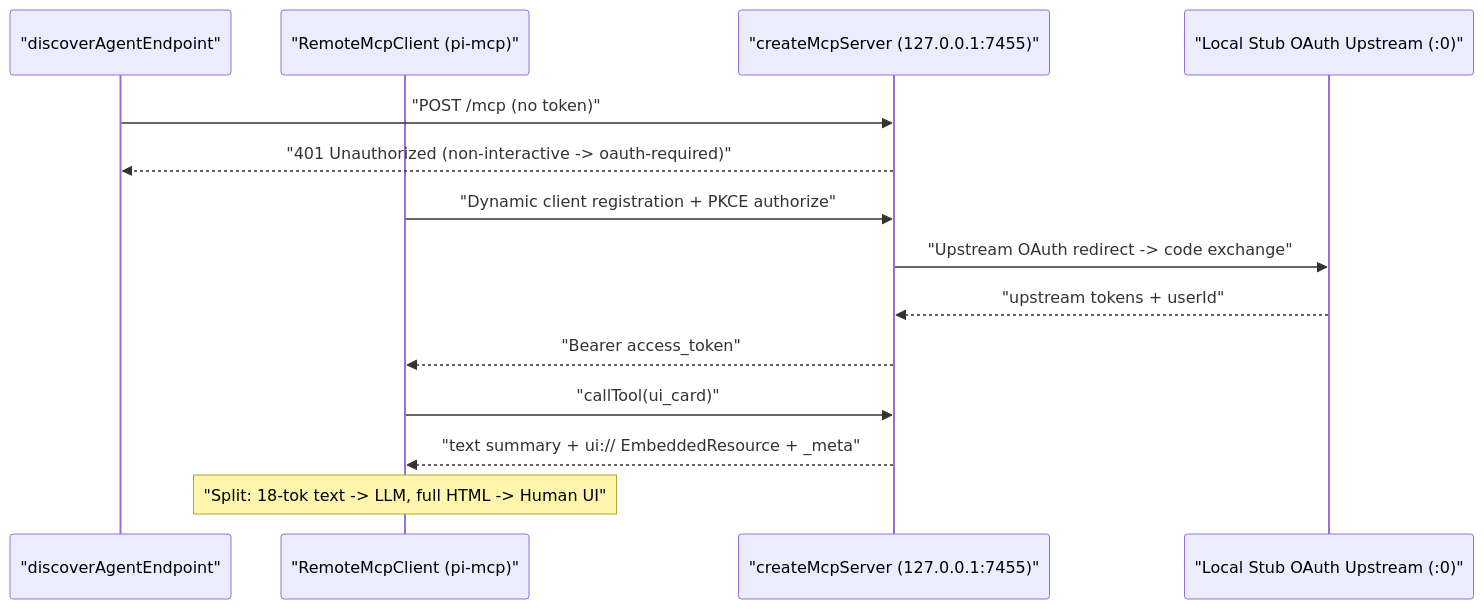
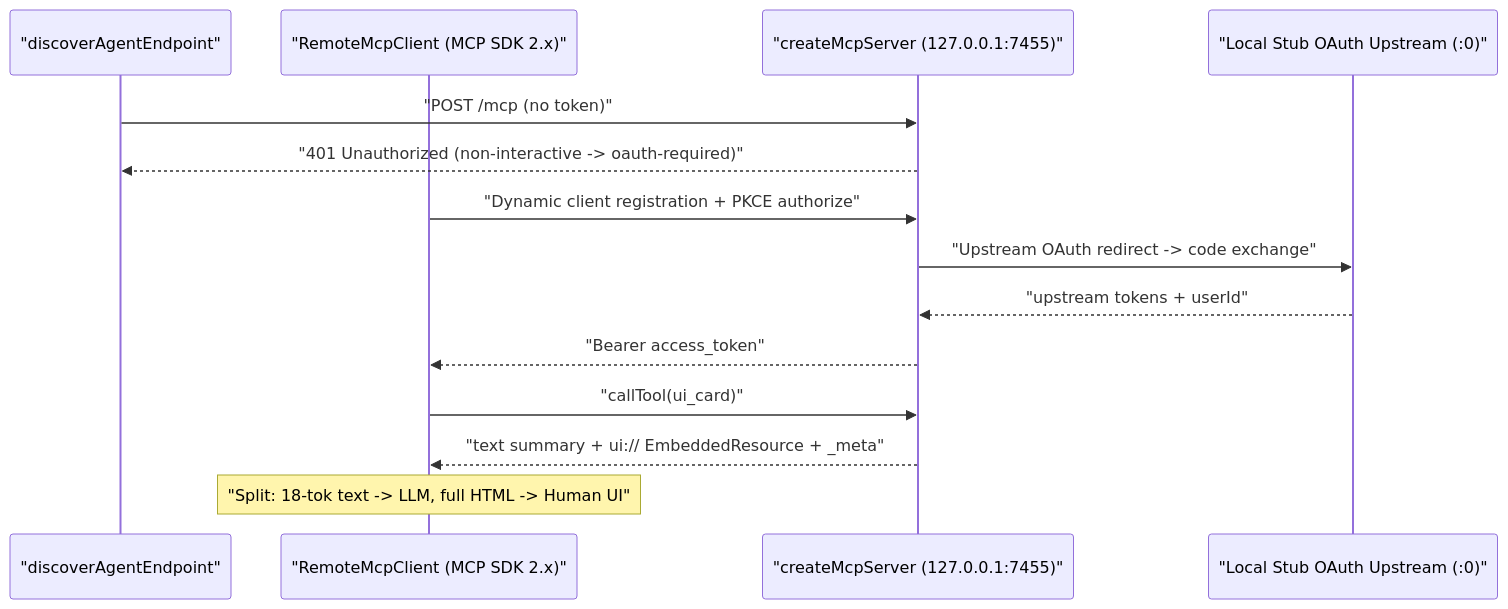
Before and after one commit to The-Focus-AI/umwelten: the diagram in examples/labs/05-mcp-oauth-and-ui-roundtrip.md, drawn with Mermaid. The commit also changed other lines of this file and 48 other files, not shown here.

````diff
--- a/examples/labs/05-mcp-oauth-and-ui-roundtrip.md
+++ b/examples/labs/05-mcp-oauth-and-ui-roundtrip.md
@@ -19,17 +19,17 @@
 ```mermaid
 sequenceDiagram
     participant Probe as "discoverAgentEndpoint"
-    participant Client as "RemoteMcpClient (pi-mcp)"
+    participant Client as "RemoteMcpClient (MCP SDK 2.x)"
     participant Server as "createMcpServer (127.0.0.1:7455)"
     participant Up as "Local Stub OAuth Upstream (:0)"
 
     Probe->>Server: "POST /mcp (no token)"
     Server-->>Probe: "401 Unauthorized (non-interactive -> oauth-required)"
     Client->>Server: "Dynamic client registration + PKCE authorize"
     Server->>Up: "Upstream OAuth redirect -> code exchange"
     Up-->>Server: "upstream tokens + userId"
     Server-->>Client: "Bearer access_token"
     Client->>Server: "callTool(ui_card)"
     Server-->>Client: "text summary + ui:// EmbeddedResource + _meta"
     Note over Client: "Split: 18-tok text -> LLM, full HTML -> Human UI"
 ```
````
